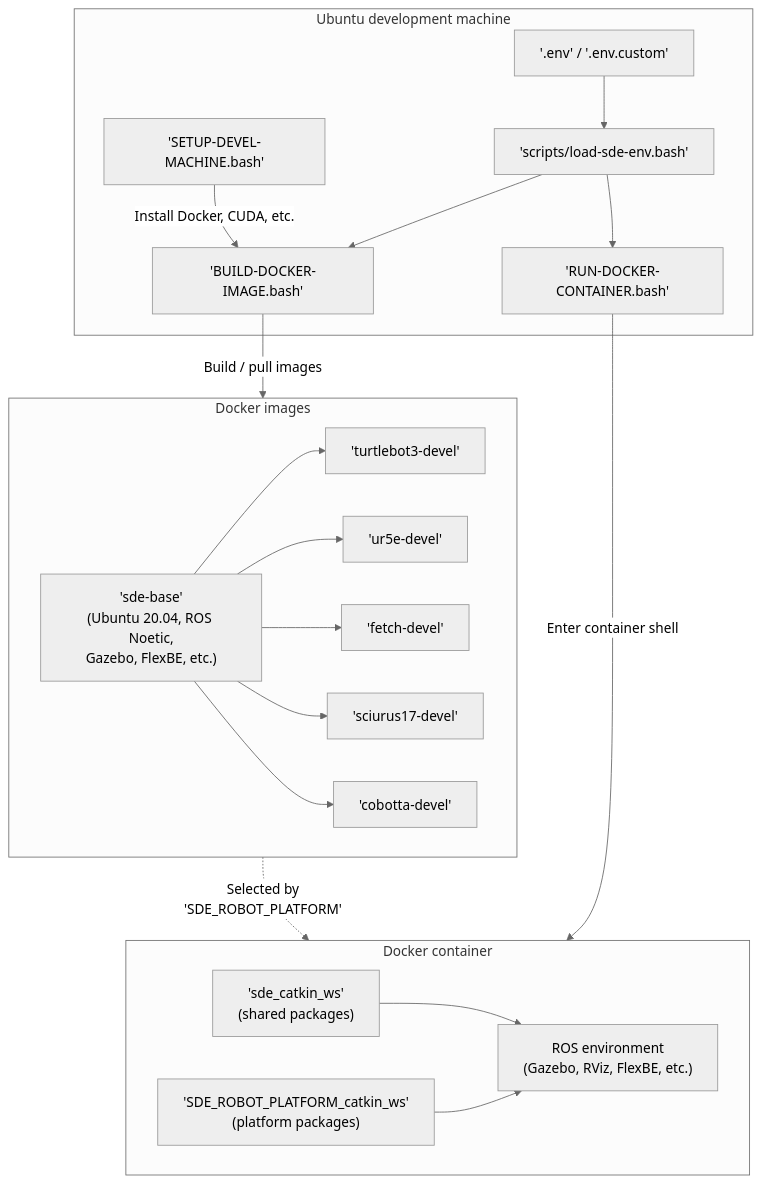
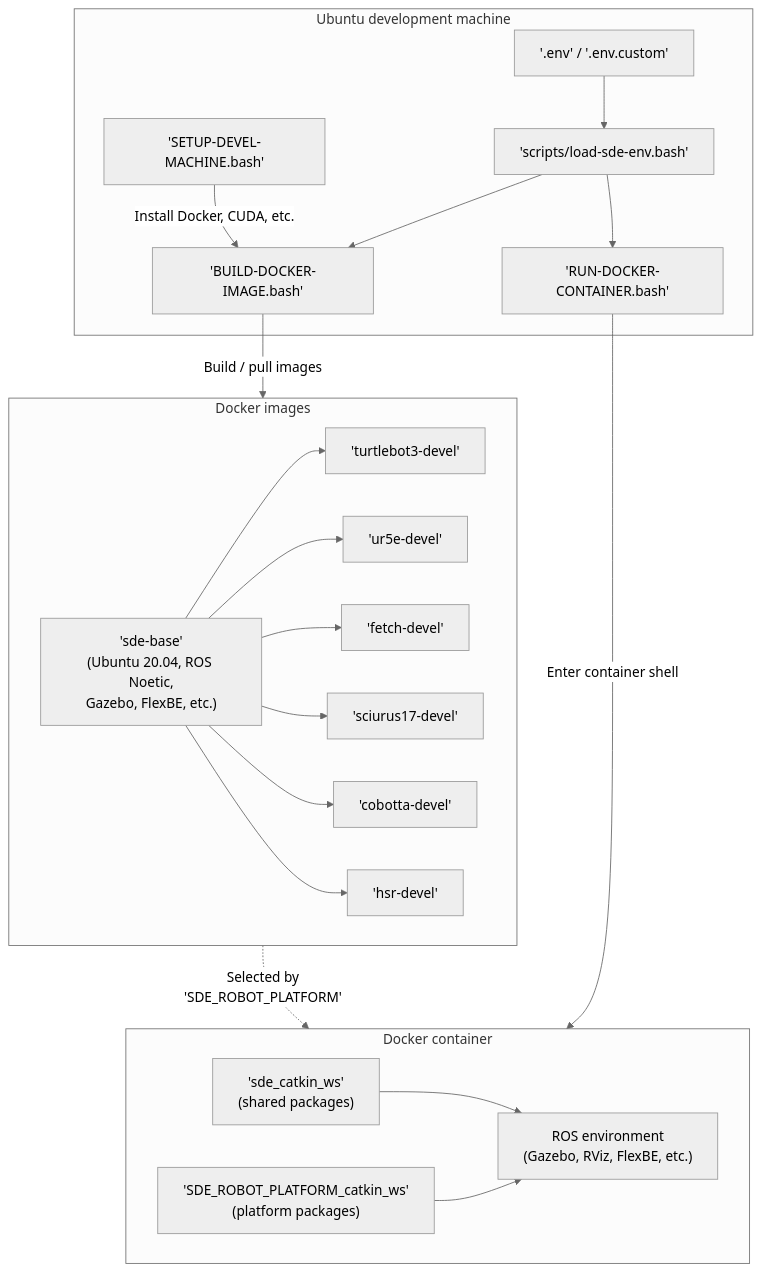
Before and after one commit to openrosde/openrosde: the diagram in README.md, drawn with Mermaid. The commit also changed other lines of this file and 42 other files, not shown here.

````diff
--- a/README.md
+++ b/README.md
@@ -45,44 +46,46 @@
 ```mermaid
 ---
 config:
   theme: neutral
 ---
 flowchart TD
     subgraph host["Ubuntu development machine"]
         env["'.env' / '.env.custom'"]
         loader["'scripts/load-sde-env.bash'"]
         setup["'SETUP-DEVEL-MACHINE.bash'"]
         build["'BUILD-DOCKER-IMAGE.bash'"]
         run["'RUN-DOCKER-CONTAINER.bash'"]
         env --> loader
         setup -->|"Install Docker, CUDA, etc."| build
         loader --> build
         loader --> run
     end
 
     subgraph images["Docker images"]
         base["'sde-base'<br/>(Ubuntu 20.04, ROS Noetic,<br/>Gazebo, FlexBE, etc.)"]
         turtlebot3["'turtlebot3-devel'"]
         ur5e["'ur5e-devel'"]
         base --> turtlebot3
         base --> ur5e
         fetch["'fetch-devel'"]
         base --> fetch
         sciurus17["'sciurus17-devel'"]
         base --> sciurus17
         cobotta["'cobotta-devel'"]
         base --> cobotta
+        hsr["'hsr-devel'"]
+        base --> hsr
     end
 
     subgraph container["Docker container"]
         shared["'sde_catkin_ws'<br/>(shared packages)"]
         platws["'SDE_ROBOT_PLATFORM_catkin_ws'<br/>(platform packages)"]
         rosenv["ROS environment<br/>(Gazebo, RViz, FlexBE, etc.)"]
         shared --> rosenv
         platws --> rosenv
     end
 
     build -->|"Build / pull images"| images
     images -.->|"Selected by<br/>'SDE_ROBOT_PLATFORM'"| container
     run -->|"Enter container shell"| container
 ```
````
